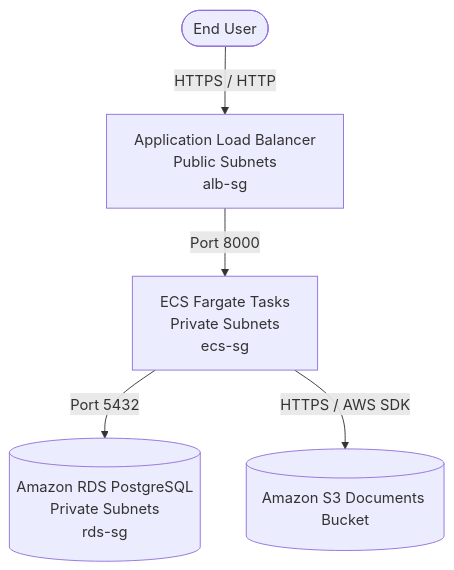
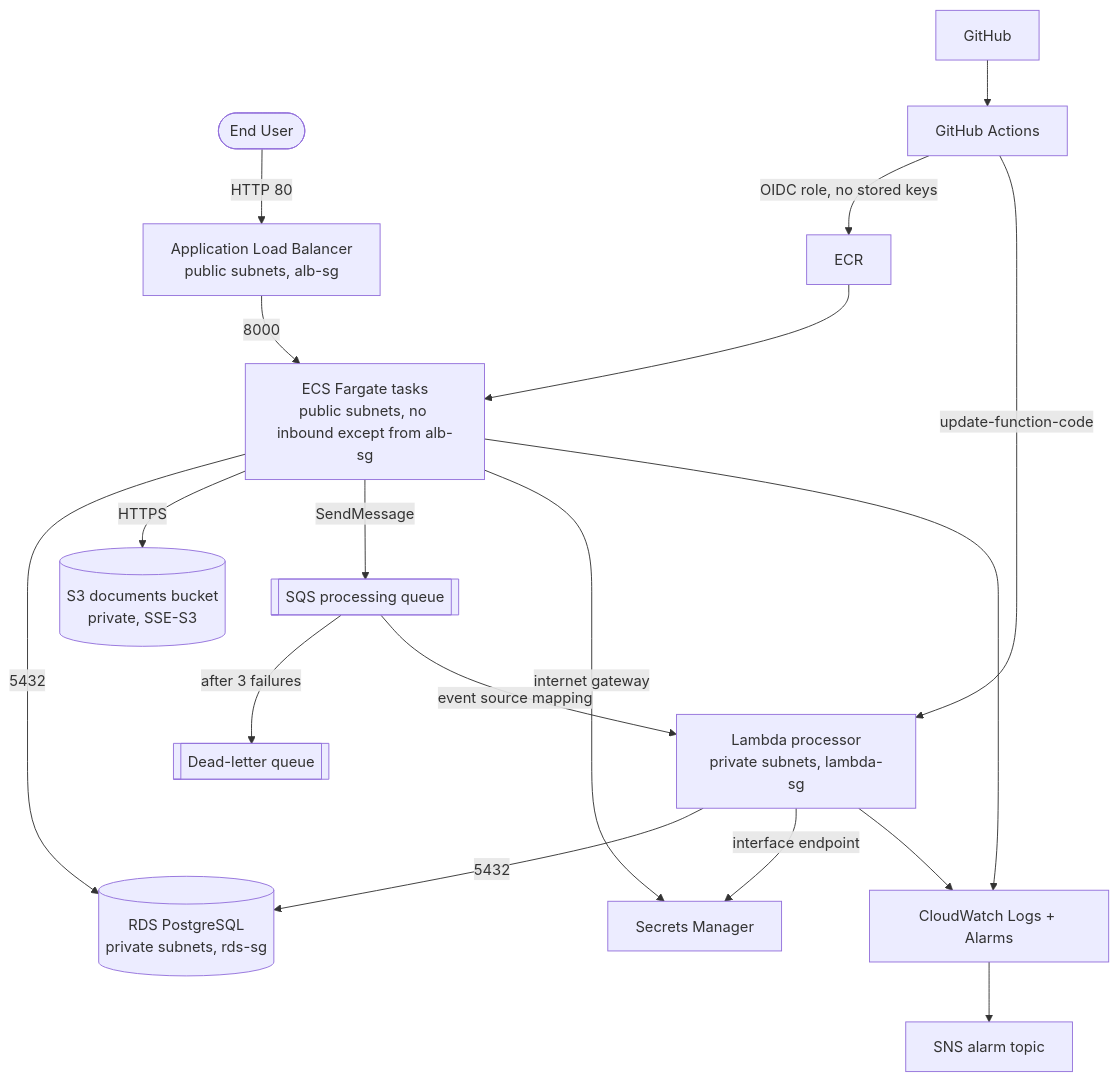
One commit to AnuragSunil/document-submission-portal changed the diagram in docs/architecture.md. Above: the diagram before and after it, drawn with Mermaid. The commit also changed other lines of this file and 17 other files, not shown here.

Commit message:
feat: SQS + Lambda processing, CloudWatch alarms, updated docs (#16)

````diff
--- a/docs/architecture.md
+++ b/docs/architecture.md
@@ -9,7 +11,21 @@
 ```mermaid
 flowchart TD
-    User([End User]) -->|HTTPS / HTTP| ALB[Application Load Balancer\nPublic Subnets\nalb-sg]
-    ALB -->|Port 8000| ECS[ECS Fargate Tasks\nPrivate Subnets\necs-sg]
-    ECS -->|Port 5432| RDS[(Amazon RDS PostgreSQL\nPrivate Subnets\nrds-sg)]
-    ECS -->|HTTPS / AWS SDK| S3[(Amazon S3 Documents Bucket)]
+    User([End User]) -->|HTTP 80| ALB[Application Load Balancer<br/>public subnets, alb-sg]
+    ALB -->|8000| ECS[ECS Fargate tasks<br/>public subnets, no inbound except from alb-sg]
+    ECS -->|5432| RDS[(RDS PostgreSQL<br/>private subnets, rds-sg)]
+    ECS -->|HTTPS| S3[(S3 documents bucket<br/>private, SSE-S3)]
+    ECS -->|SendMessage| SQS[[SQS processing queue]]
+    SQS -->|after 3 failures| DLQ[[Dead-letter queue]]
+    SQS -->|event source mapping| LAMBDA[Lambda processor<br/>private subnets, lambda-sg]
+    LAMBDA -->|5432| RDS
+    LAMBDA -->|interface endpoint| SM[Secrets Manager]
+    ECS -->|internet gateway| SM
+    ECS --> CW[CloudWatch Logs + Alarms]
+    LAMBDA --> CW
+    CW --> SNS[SNS alarm topic]
+
+    GH[GitHub] --> GHA[GitHub Actions]
+    GHA -->|OIDC role, no stored keys| ECR[ECR]
+    GHA -->|update-function-code| LAMBDA
+    ECR --> ECS
 ```
````
